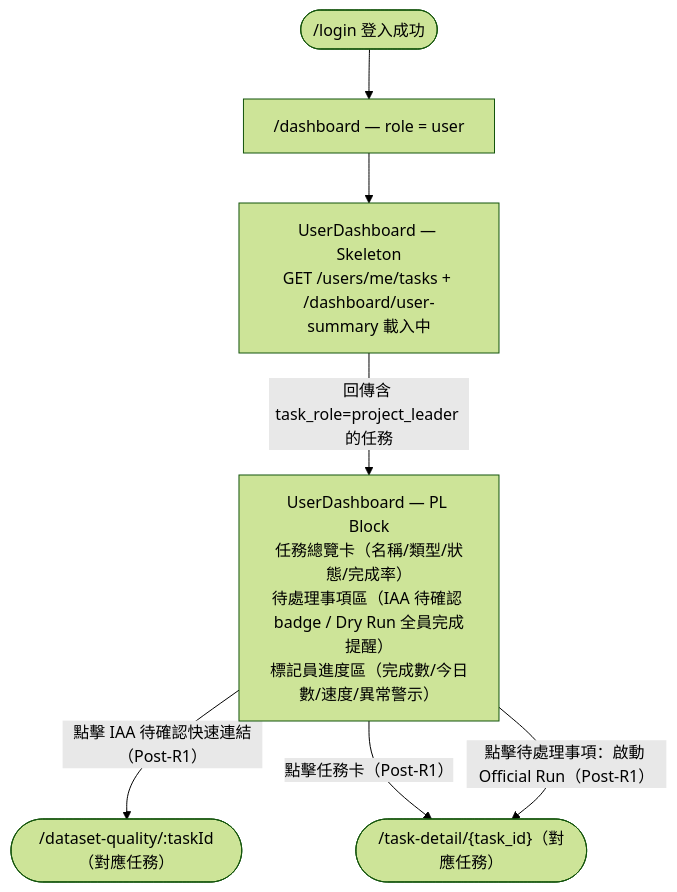
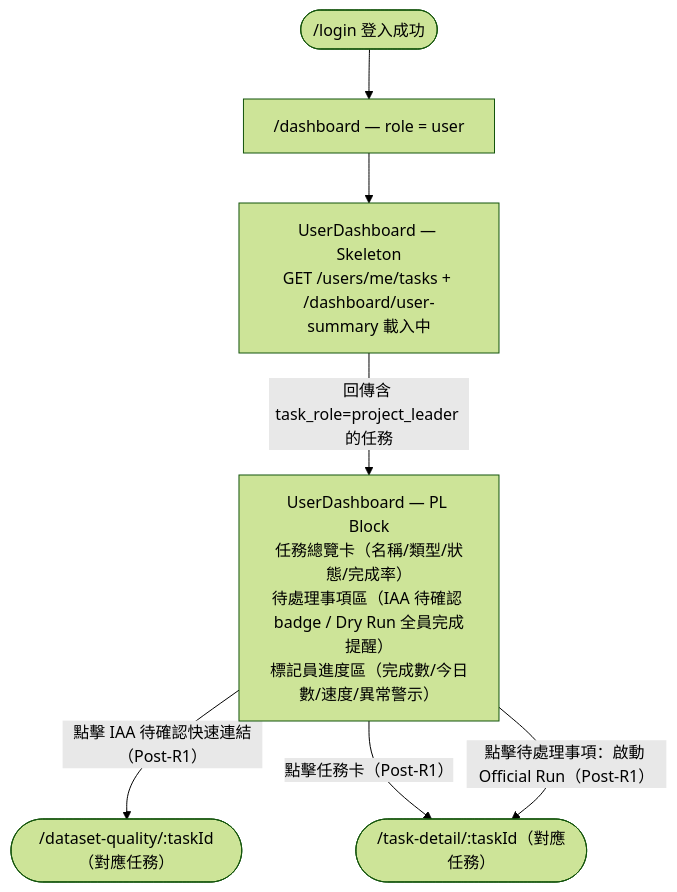
One commit to singyichen/label-suite changed the fifth of 7 diagrams in specs/dashboard/012-dashboard/spec.md. Above: the diagram before and after it, drawn with Mermaid (forest theme). The commit also changed other lines of this file and 2 other files, not shown here.

````diff
--- a/specs/dashboard/012-dashboard/spec.md
+++ b/specs/dashboard/012-dashboard/spec.md
@@ -284,9 +284,9 @@
 ```mermaid
 flowchart TD
     A(["/login 登入成功"]) --> B["/dashboard — role = user"]
     B --> C["UserDashboard — Skeleton\nGET /users/me/tasks + /dashboard/user-summary 載入中"]
     C -->|"回傳含 task_role=project_leader 的任務"| D["UserDashboard — PL Block\n任務總覽卡（名稱/類型/狀態/完成率）\n待處理事項區（IAA 待確認 badge / Dry Run 全員完成提醒）\n標記員進度區（完成數/今日數/速度/異常警示）"]
     D -->|"點擊 IAA 待確認快速連結（Post-R1）"| F(["/dataset-quality/:taskId（對應任務）"])
-    D -->|"點擊任務卡（Post-R1）"| G(["/task-detail/{task_id}（對應任務）"])
+    D -->|"點擊任務卡（Post-R1）"| G(["/task-detail/:taskId（對應任務）"])
     D -->|"點擊待處理事項：啟動 Official Run（Post-R1）"| G
 ```
````
